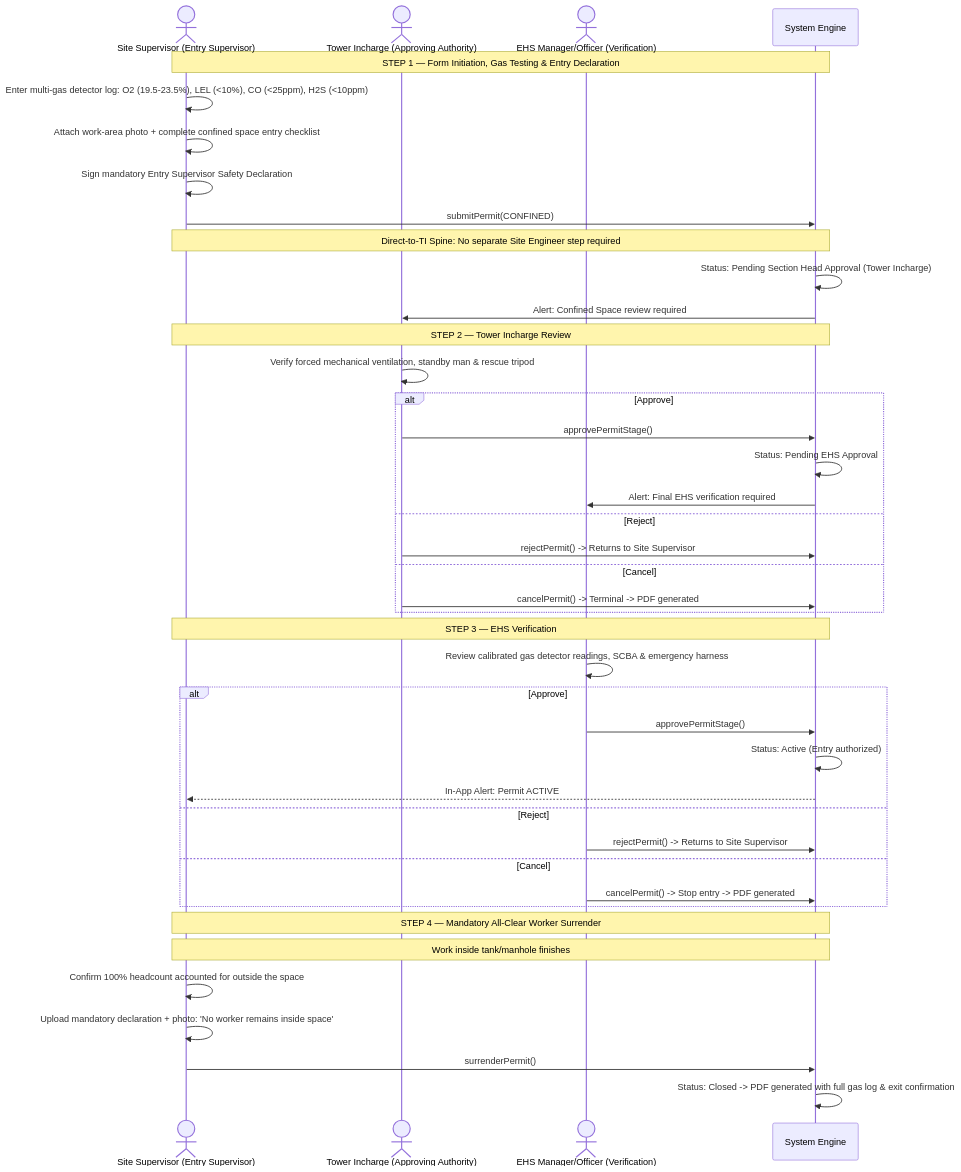
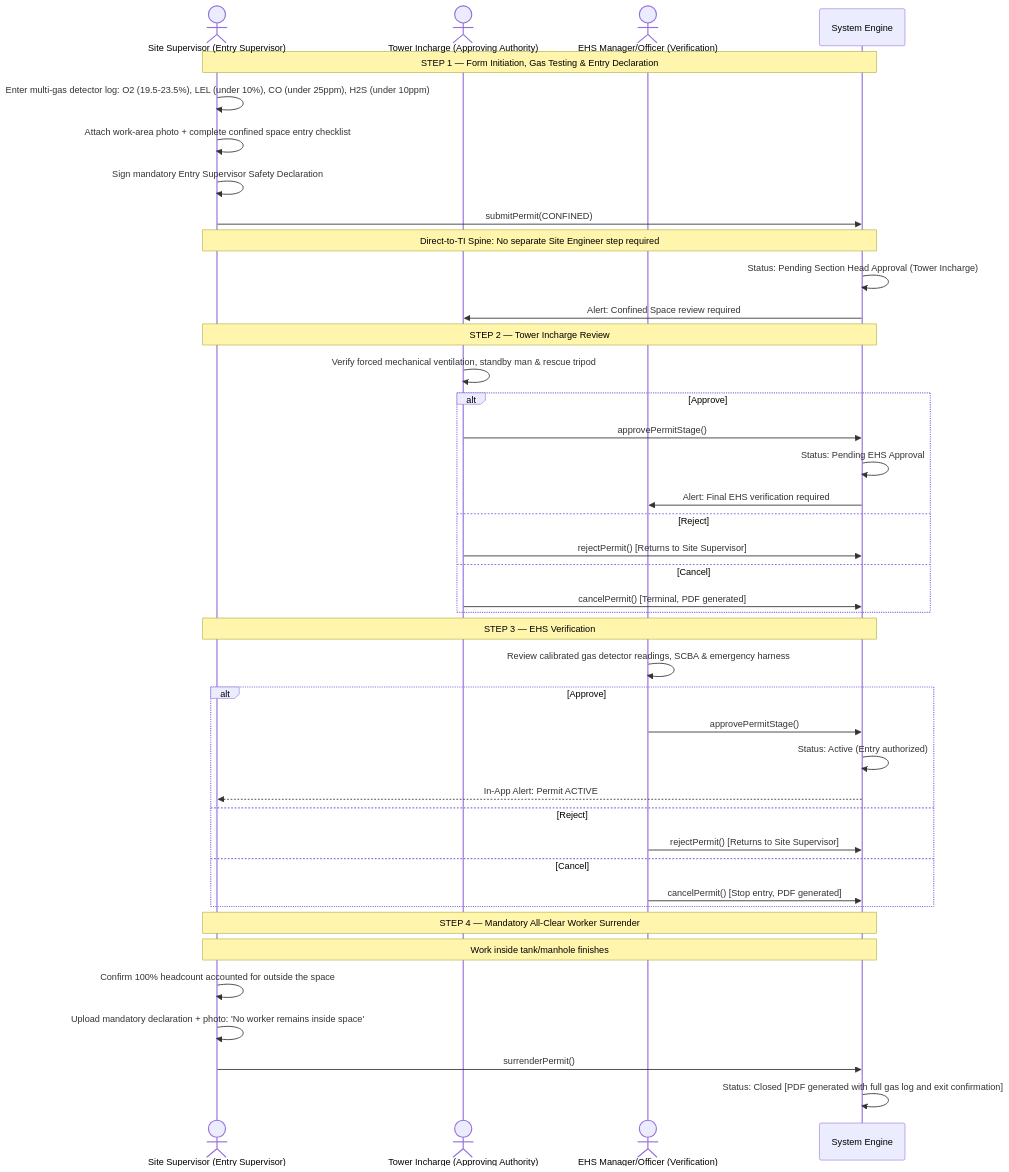
Diagram 17 of 32 in README.md (AuroGroupAutomationBot/ARPL-EHS-Demo), drawn with Mermaid before and after one commit. The commit also changed other lines of this file, not shown here.

````diff
--- a/README.md
+++ b/README.md
@@ -1438,47 +1448,47 @@
 ```mermaid
 sequenceDiagram
     actor SS as Site Supervisor (Entry Supervisor)
     actor TI as Tower Incharge (Approving Authority)
     actor EHS as EHS Manager/Officer (Verification)
     participant SYS as System Engine
 
     Note over SS,SYS: STEP 1 — Form Initiation, Gas Testing & Entry Declaration
-    SS->>SS: Enter multi-gas detector log: O2 (19.5-23.5%), LEL (<10%), CO (<25ppm), H2S (<10ppm)
+    SS->>SS: Enter multi-gas detector log: O2 (19.5-23.5%), LEL (under 10%), CO (under 25ppm), H2S (under 10ppm)
     SS->>SS: Attach work-area photo + complete confined space entry checklist
     SS->>SS: Sign mandatory Entry Supervisor Safety Declaration
     SS->>SYS: submitPermit(CONFINED)
     Note over SS,SYS: Direct-to-TI Spine: No separate Site Engineer step required
     SYS->>SYS: Status: Pending Section Head Approval (Tower Incharge)
     SYS->>TI: Alert: Confined Space review required
 
     Note over SS,SYS: STEP 2 — Tower Incharge Review
     TI->>TI: Verify forced mechanical ventilation, standby man & rescue tripod
     alt Approve
         TI->>SYS: approvePermitStage()
         SYS->>SYS: Status: Pending EHS Approval
         SYS->>EHS: Alert: Final EHS verification required
     else Reject
-        TI->>SYS: rejectPermit() -> Returns to Site Supervisor
+        TI->>SYS: rejectPermit() [Returns to Site Supervisor]
     else Cancel
-        TI->>SYS: cancelPermit() -> Terminal -> PDF generated
+        TI->>SYS: cancelPermit() [Terminal, PDF generated]
     end
 
     Note over SS,SYS: STEP 3 — EHS Verification
     EHS->>EHS: Review calibrated gas detector readings, SCBA & emergency harness
     alt Approve
         EHS->>SYS: approvePermitStage()
         SYS->>SYS: Status: Active (Entry authorized)
         SYS-->>SS: In-App Alert: Permit ACTIVE
     else Reject
-        EHS->>SYS: rejectPermit() -> Returns to Site Supervisor
+        EHS->>SYS: rejectPermit() [Returns to Site Supervisor]
     else Cancel
-        EHS->>SYS: cancelPermit() -> Stop entry -> PDF generated
+        EHS->>SYS: cancelPermit() [Stop entry, PDF generated]
     end
 
     Note over SS,SYS: STEP 4 — Mandatory All-Clear Worker Surrender
     Note over SS,SYS: Work inside tank/manhole finishes
     SS->>SS: Confirm 100% headcount accounted for outside the space
     SS->>SS: Upload mandatory declaration + photo: 'No worker remains inside space'
     SS->>SYS: surrenderPermit()
-    SYS->>SYS: Status: Closed -> PDF generated with full gas log & exit confirmation
+    SYS->>SYS: Status: Closed [PDF generated with full gas log and exit confirmation]
 ```
````
